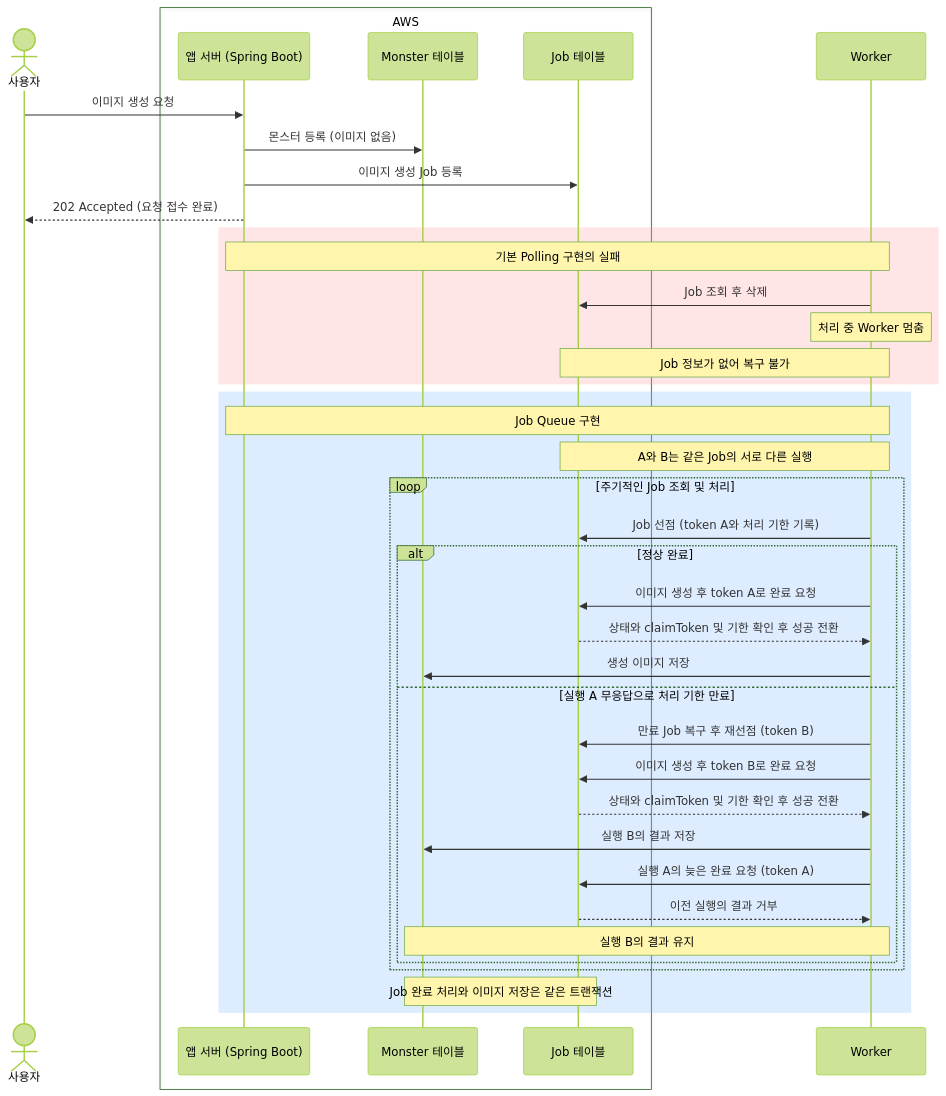
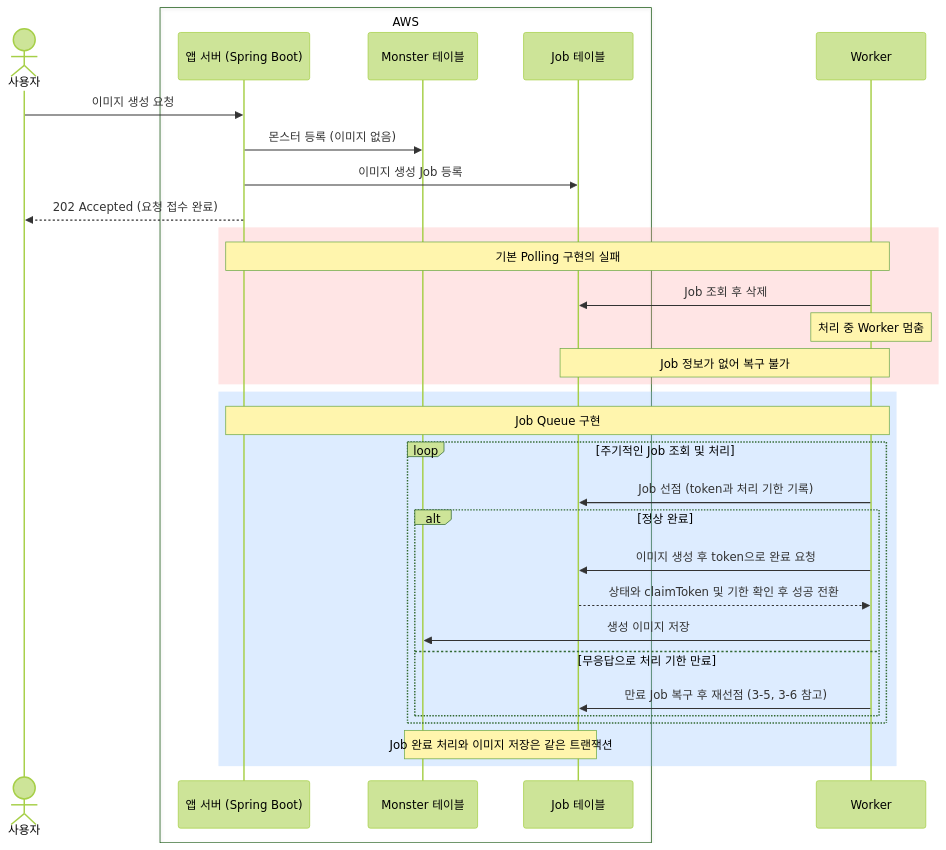
The third of 6 diagrams in LEVEL4-milan.md (woowacourse/woowa-writing), drawn with Mermaid (forest theme) before and after one commit. The commit also changed other lines of this file, not shown here.

````diff
--- a/LEVEL4-milan.md
+++ b/LEVEL4-milan.md
@@ -85,49 +85,42 @@
 ```mermaid
 sequenceDiagram
     actor User as 사용자
 
     box AWS
         participant App as 앱 서버 (Spring Boot)
         participant Monster as Monster 테이블
         participant Job as Job 테이블
     end
 
     participant Worker
 
     User->>App: 이미지 생성 요청
     App->>Monster: 몬스터 등록 (이미지 없음)
     App->>Job: 이미지 생성 Job 등록
     App-->>User: 202 Accepted (요청 접수 완료)
 
     rect rgba(254, 152, 152, 0.25)
         Note over App,Worker: 기본 Polling 구현의 실패
         Worker->>Job: Job 조회 후 삭제
         Note over Worker: 처리 중 Worker 멈춤
         Note over Job,Worker: Job 정보가 없어 복구 불가
     end
 
     rect rgba(120, 178, 255, 0.25)
         Note over App,Worker: Job Queue 구현
-        Note over Job,Worker: A와 B는 같은 Job의 서로 다른 실행
 
         loop 주기적인 Job 조회 및 처리
-            Worker->>Job: Job 선점 (token A와 처리 기한 기록)
+            Worker->>Job: Job 선점 (token과 처리 기한 기록)
 
             alt 정상 완료
-                Worker->>Job: 이미지 생성 후 token A로 완료 요청
+                Worker->>Job: 이미지 생성 후 token으로 완료 요청
                 Job-->>Worker: 상태와 claimToken 및 기한 확인 후 성공 전환
                 Worker->>Monster: 생성 이미지 저장
-            else 실행 A 무응답으로 처리 기한 만료
-                Worker->>Job: 만료 Job 복구 후 재선점 (token B)
-                Worker->>Job: 이미지 생성 후 token B로 완료 요청
-                Job-->>Worker: 상태와 claimToken 및 기한 확인 후 성공 전환
-                Worker->>Monster: 실행 B의 결과 저장
-                Worker->>Job: 실행 A의 늦은 완료 요청 (token A)
-                Job-->>Worker: 이전 실행의 결과 거부
-                Note over Monster,Worker: 실행 B의 결과 유지
+            else 무응답으로 처리 기한 만료
+                Worker->>Job: 만료 Job 복구 후 재선점 (3-5, 3-6 참고)
             end
         end
 
         Note over Monster,Job: Job 완료 처리와 이미지 저장은 같은 트랜잭션
     end
 ```
````
